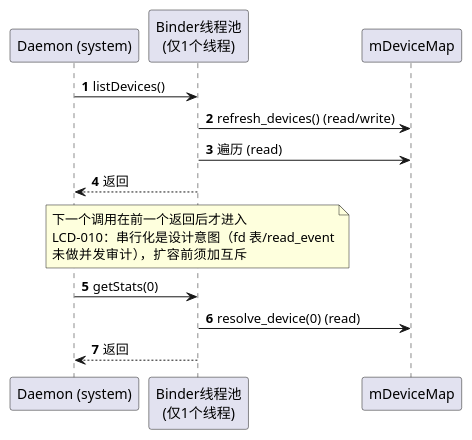
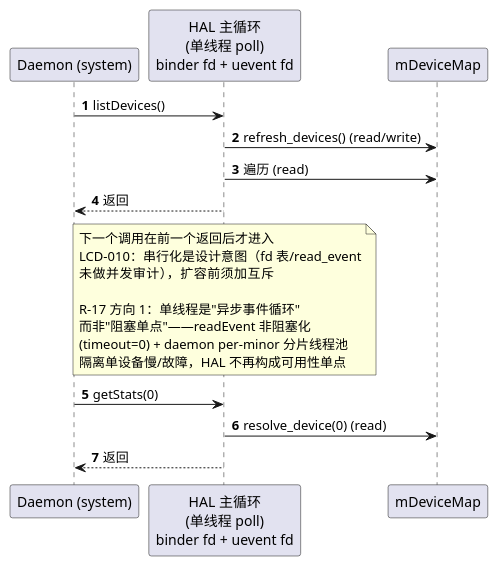
Before and after one commit to lechao365/AndroidSystemEnhance: the seventh of 13 diagrams in docs/02-IO增强/02.02-HAL增强-lciod-hal.md, drawn with PlantUML. The commit also changed other lines of this file and 118 other files, not shown here.

````diff
--- a/docs/02-IO增强/02.02-HAL增强-lciod-hal.md
+++ b/docs/02-IO增强/02.02-HAL增强-lciod-hal.md
@@ -320,19 +329,19 @@
 ```plantuml
 @startuml
 autonumber
 participant "Daemon (system)" as D
-participant "Binder线程池\n(仅1个线程)" as B
+participant "HAL 主循环\n(单线程 poll)\nbinder fd + uevent fd" as B
 participant "mDeviceMap" as M
 
 D -> B : listDevices()
 B -> M : refresh_devices() (read/write)
 B -> M : 遍历 (read)
 B --> D : 返回
 
-note over B: 下一个调用在前一个返回后才进入\nLCD-010：串行化是设计意图（fd 表/read_event\n未做并发审计），扩容前须加互斥
+note over B: 下一个调用在前一个返回后才进入\nLCD-010：串行化是设计意图（fd 表/read_event\n未做并发审计），扩容前须加互斥\n\nR-17 方向 1：单线程是"异步事件循环"\n而非"阻塞单点"——readEvent 非阻塞化\n(timeout=0) + daemon per-minor 分片线程池\n隔离单设备慢/故障，HAL 不再构成可用性单点
 
 D -> B : getStats(0)
 B -> M : resolve_device(0) (read)
 B --> D : 返回
 @enduml
 ```
````
